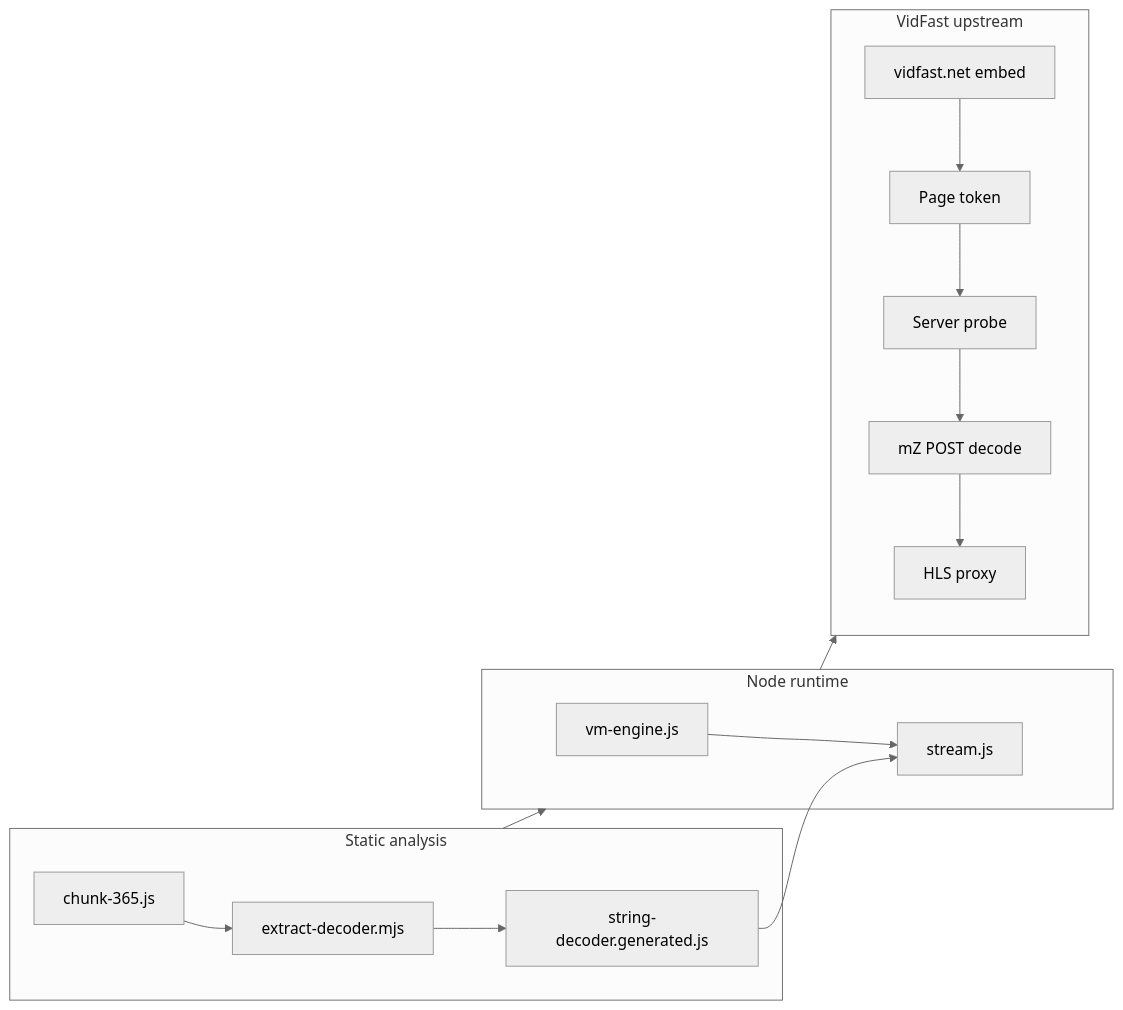
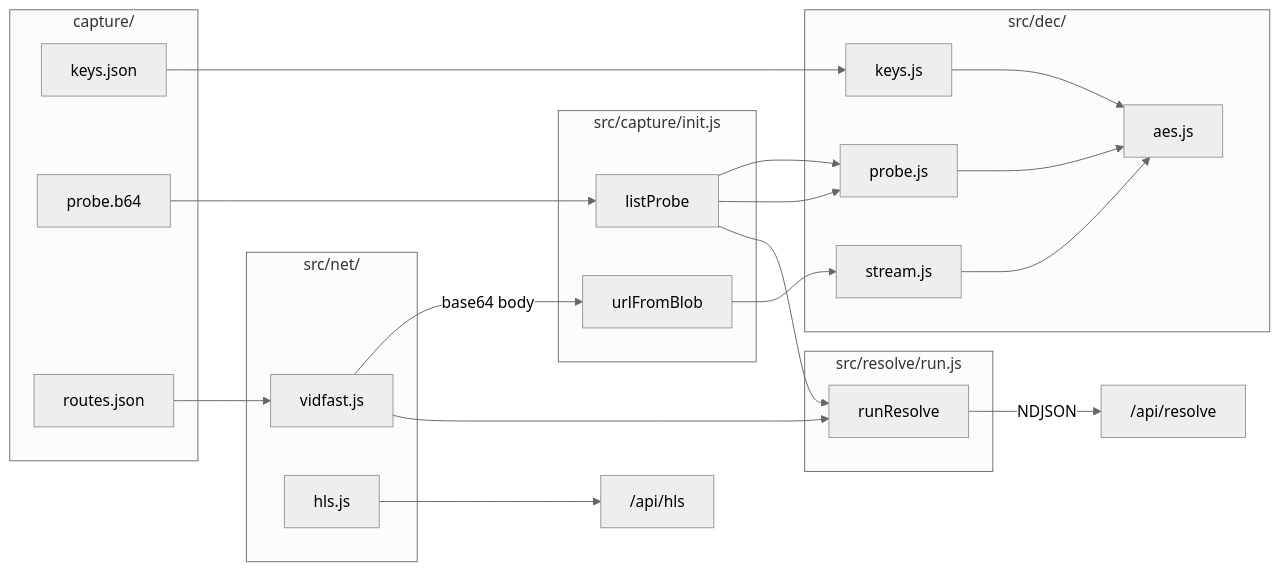
The diagram in README.md (sharoon7171/vidfast-pro-stream-resolver), drawn with Mermaid (neutral theme) before and after one commit. The commit also changed other lines of this file and 26 other files, not shown here.

Commit message:
add capture decrypt resolve modules, HTTP server, README, and remove legacy lib tooling

````diff
--- a/README.md
+++ b/README.md
@@ -32,28 +255,41 @@
 ```mermaid
 flowchart LR
-  subgraph static [Static analysis]
-    Chunk[chunk-365.js]
-    Extract[extract-decoder.mjs]
-    Decoder[string-decoder.generated.js]
-    Chunk --> Extract --> Decoder
+  subgraph disk [capture/]
+    K[keys.json]
+    P[probe.b64]
+    R[routes.json]
   end
 
-  subgraph runtime [Node runtime]
-    VM[vm-engine.js]
-    Stream[stream.js]
-    VM --> Stream
-    Decoder --> Stream
+  subgraph dec [src/dec/]
+    PK[keys.js]
+    AES[aes.js]
+    DP[probe.js]
+    DS[stream.js]
   end
 
-  subgraph network [VidFast upstream]
-    Site[vidfast.net embed]
-    Page[Page token]
-    Probe[Server probe]
-    Decode[mZ POST decode]
-    HLS[HLS proxy]
-    Site --> Page --> Probe --> Decode --> HLS
+  subgraph cap [src/capture/init.js]
+    LP[listProbe]
+    UF[urlFromBlob]
   end
 
-  static --> runtime
-  runtime --> network
+  subgraph net [src/net/]
+    VF[vidfast.js]
+    HLS[hls.js]
+  end
+
+  subgraph res [src/resolve/run.js]
+    RR[runResolve]
+  end
+
+  K --> PK --> AES
+  P --> LP --> DP --> AES
+  LP --> DP
+  UF --> DS --> AES
+
+  R --> VF
+  VF -->|base64 body| UF
+  LP --> RR
+  VF --> RR
+  RR -->|NDJSON| API["/api/resolve"]
+  HLS --> HAPI["/api/hls"]
 ```
````
